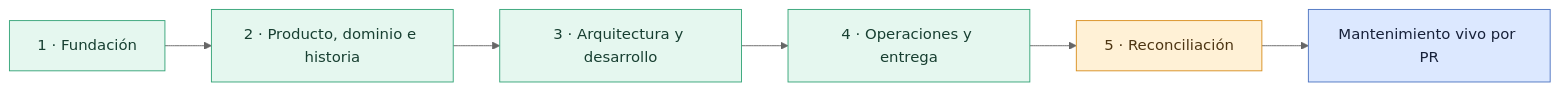
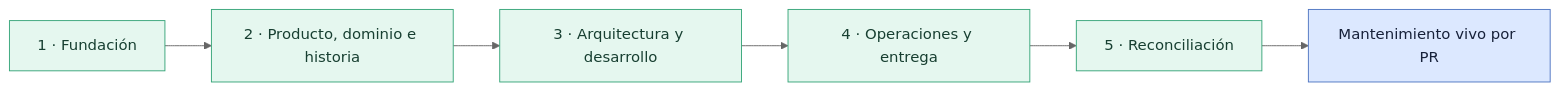
One commit to ErickEduardo027/ELEVANT changed the diagram in Vault/00-inicio/roadmap-del-vault.md. Above: the diagram before and after it, drawn with Mermaid (neutral theme). The commit also changed other lines of this file and 3 other files, not shown here.

Commit message:
docs: close initial Vault roadmap after merge

````diff
--- a/Vault/00-inicio/roadmap-del-vault.md
+++ b/Vault/00-inicio/roadmap-del-vault.md
@@ -40,15 +40,13 @@
 ```mermaid
 flowchart LR
     F[1 · Fundación] --> P[2 · Producto, dominio e historia]
     P --> A[3 · Arquitectura y desarrollo]
     A --> O[4 · Operaciones y entrega]
     O --> R[5 · Reconciliación]
     R --> L[Mantenimiento vivo por PR]
 
     classDef done fill:#e5f7ef,color:#173f31,stroke:#36a579;
-    classDef next fill:#fff1d6,color:#4d3512,stroke:#d99021;
     classDef living fill:#dce8ff,color:#17213a,stroke:#4f75c2;
-    class F,P,A,O done;
-    class R next;
+    class F,P,A,O,R done;
     class L living;
 ```
````
